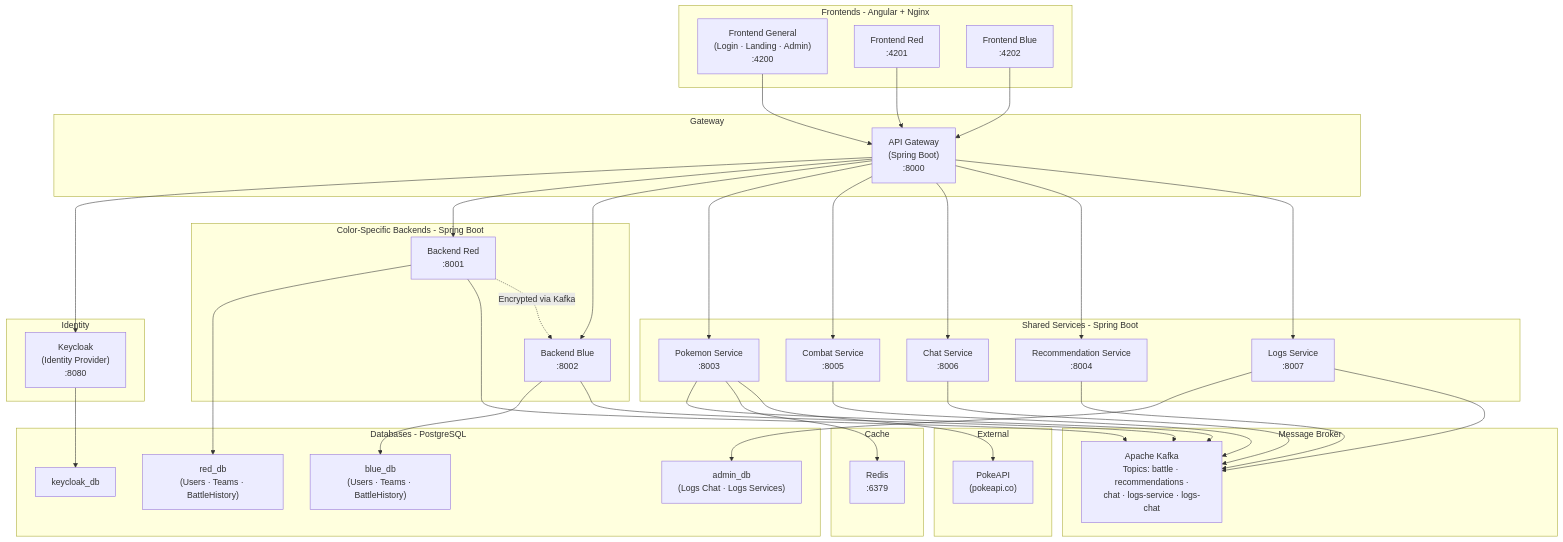
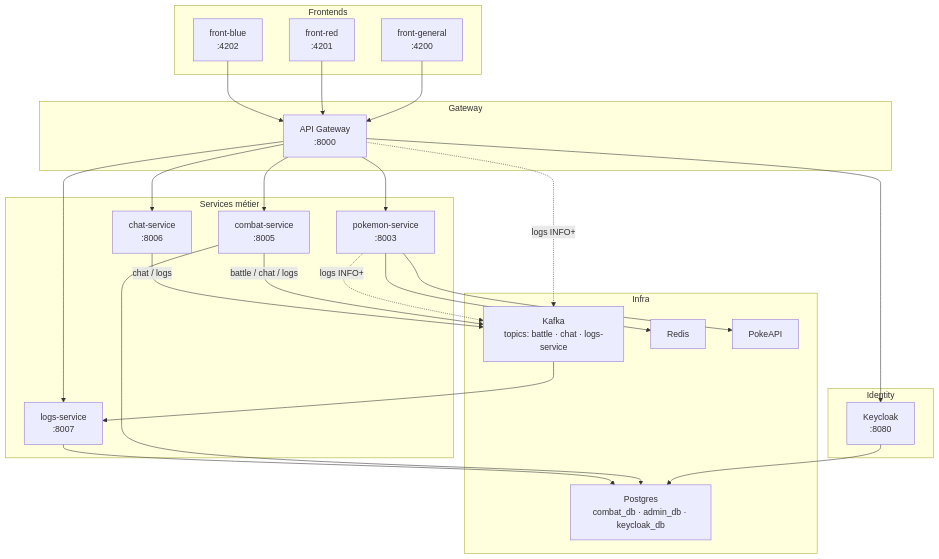
Before and after one commit to SEMGOODD/PokemonDrafter: the diagram in README.md, drawn with Mermaid. The commit also changed other lines of this file and 37 other files, not shown here.

First line of the commit message:
feat: centralised logs + admin console + READMEs alignment

````diff
--- a/README.md
+++ b/README.md
@@ -27,80 +37,53 @@
 ```mermaid
 graph TB
-    subgraph "Frontends - Angular + Nginx"
-        FEGeneral["Frontend General<br/>(Login · Landing · Admin)<br/>:4200"]
-        FERed["Frontend Red<br/>:4201"]
-        FEBlue["Frontend Blue<br/>:4202"]
+    subgraph "Frontends"
+        FEGen["front-general<br/>:4200"]
+        FERed["front-red<br/>:4201"]
+        FEBlue["front-blue<br/>:4202"]
     end
 
     subgraph "Gateway"
-        GW["API Gateway<br/>(Spring Boot)<br/>:8000"]
+        GW["API Gateway<br/>:8000"]
     end
 
     subgraph "Identity"
-        IdP["Keycloak<br/>(Identity Provider)<br/>:8080"]
+        IdP["Keycloak<br/>:8080"]
     end
 
-    subgraph "Color-Specific Backends - Spring Boot"
-        BERed["Backend Red<br/>:8001"]
-        BEBlue["Backend Blue<br/>:8002"]
+    subgraph "Services métier"
+        SPokemon["pokemon-service<br/>:8003"]
+        SCombat["combat-service<br/>:8005"]
+        SChat["chat-service<br/>:8006"]
+        SLogs["logs-service<br/>:8007"]
     end
 
-    subgraph "Shared Services - Spring Boot"
-        SPokemon["Pokemon Service<br/>:8003"]
-        SReco["Recommendation Service<br/>:8004"]
-        SCombat["Combat Service<br/>:8005"]
-        SChat["Chat Service<br/>:8006"]
-        SLogs["Logs Service<br/>:8007"]
+    subgraph "Infra"
+        Kafka["Kafka<br/>topics: battle · chat · logs-service"]
+        Postgres["Postgres<br/>combat_db · admin_db · keycloak_db"]
+        Redis["Redis"]
+        PokeAPI["PokeAPI"]
     end
 
-    subgraph "Message Broker"
-        Kafka["Apache Kafka<br/>Topics: battle · recommendations ·<br/>chat · logs-service · logs-chat"]
-    end
-
-    subgraph "Databases - PostgreSQL"
-        DBRed["red_db<br/>(Users · Teams · BattleHistory)"]
-        DBBlue["blue_db<br/>(Users · Teams · BattleHistory)"]
-        DBAdmin["admin_db<br/>(Logs Chat · Logs Services)"]
-        DBKeycloak["keycloak_db"]
-    end
-
-    subgraph "Cache"
-        Redis["Redis<br/>:6379"]
-    end
-
-    subgraph "External"
-        PokeAPI["PokeAPI<br/>(pokeapi.co)"]
-    end
-
-    FEGeneral --> GW
+    FEGen --> GW
     FERed --> GW
     FEBlue --> GW
 
     GW --> IdP
-    GW --> BERed
-    GW --> BEBlue
     GW --> SPokemon
     GW --> SCombat
     GW --> SChat
-    GW --> SReco
     GW --> SLogs
 
-    IdP --> DBKeycloak
+    IdP --> Postgres
+    SCombat --> Postgres
+    SLogs --> Postgres
 
-    BERed --> DBRed
-    BEBlue --> DBBlue
-    SLogs --> DBAdmin
-
-    BERed --> Kafka
-    BEBlue --> Kafka
-    SCombat --> Kafka
-    SChat --> Kafka
-    SReco --> Kafka
-    SPokemon --> Kafka
-    SLogs --> Kafka
+    GW -.->|logs INFO+| Kafka
+    SPokemon -.->|logs INFO+| Kafka
+    SCombat -->|battle / chat / logs| Kafka
+    SChat -->|chat / logs| Kafka
+    Kafka --> SLogs
 
     SPokemon --> Redis
     SPokemon --> PokeAPI
-
-    BERed -.->|"Encrypted via Kafka"| BEBlue
 ```
````
